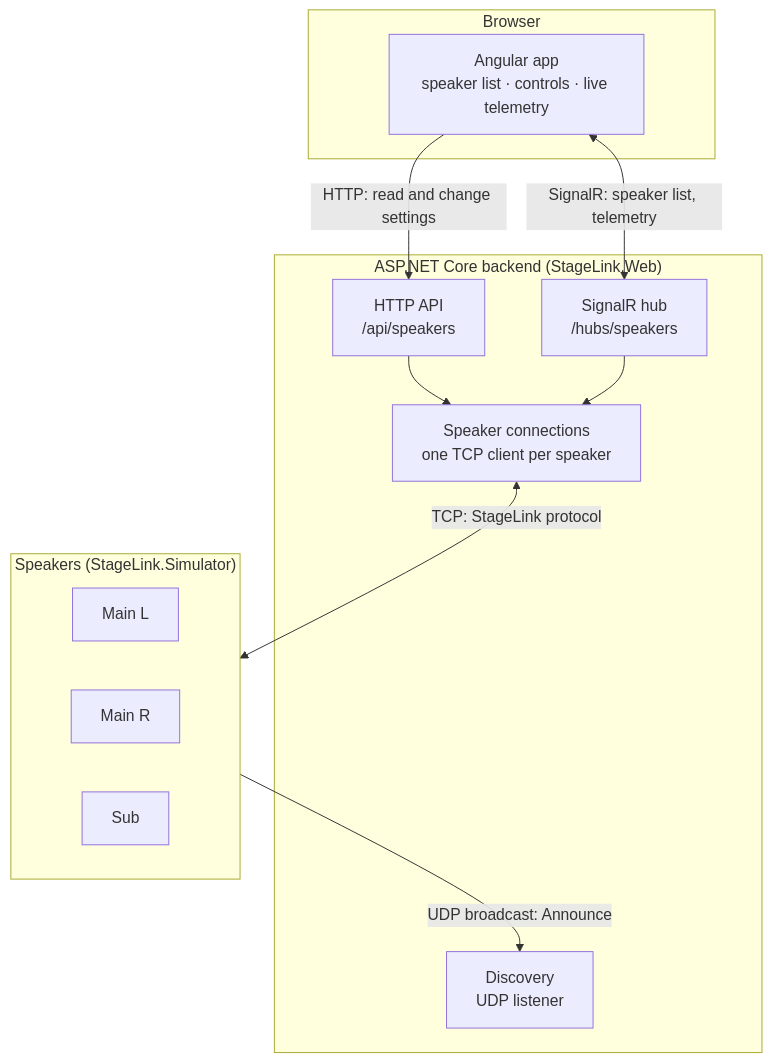
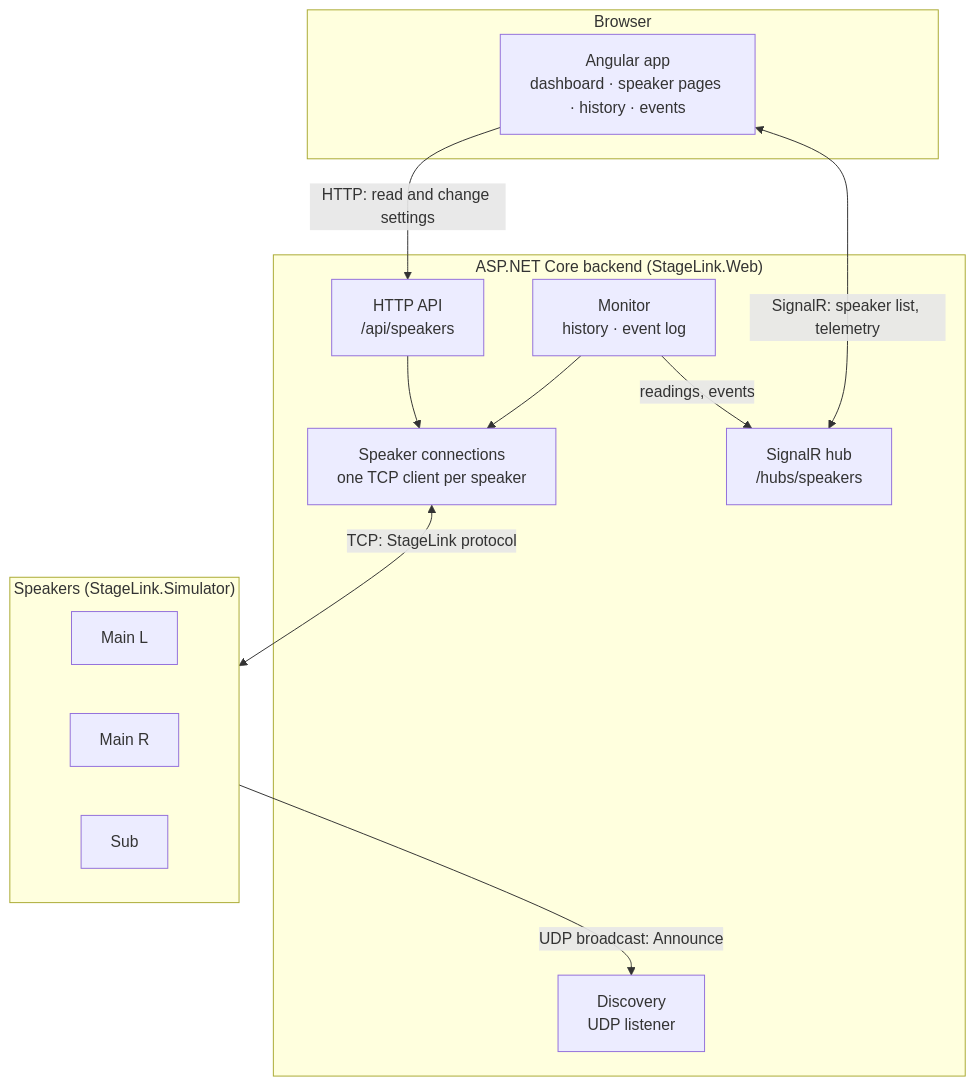
One commit to lourancosta/stage_link changed the diagram in README.md. Above: the diagram before and after it, drawn with Mermaid. The commit also changed other lines of this file and 49 other files, not shown here.

Commit message:
feat: speaker monitor with temperature history, event log and rename.

````diff
--- a/README.md
+++ b/README.md
@@ -28,26 +30,28 @@
 ```mermaid
 flowchart TB
     subgraph Browser
-        UI["Angular app<br/>speaker list · controls · live telemetry"]
+        UI["Angular app<br/>dashboard · speaker pages · history · events"]
     end
 
     subgraph Backend["ASP.NET Core backend (StageLink.Web)"]
         API["HTTP API<br/>/api/speakers"]
         Hub["SignalR hub<br/>/hubs/speakers"]
         Discovery["Discovery<br/>UDP listener"]
         Manager["Speaker connections<br/>one TCP client per speaker"]
+        Monitor["Monitor<br/>history · event log"]
     end
 
     subgraph Speakers["Speakers (StageLink.Simulator)"]
         S1["Main L"]
         S2["Main R"]
         S3["Sub"]
     end
 
     UI -->|"HTTP: read and change settings"| API
     UI <-->|"SignalR: speaker list, telemetry"| Hub
     API --> Manager
-    Hub --> Manager
+    Monitor --> Manager
+    Monitor -->|"readings, events"| Hub
     Manager <-->|"TCP: StageLink protocol"| Speakers
     Speakers -->|"UDP broadcast: Announce"| Discovery
 ```
````
